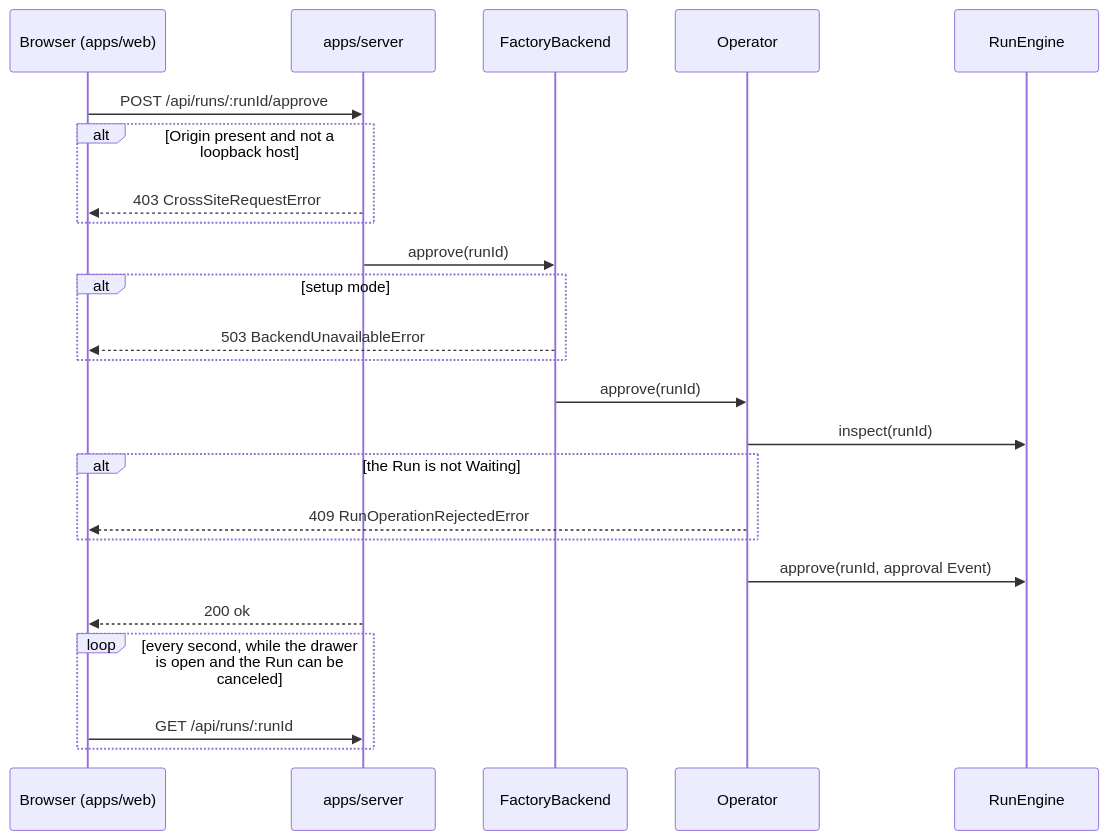
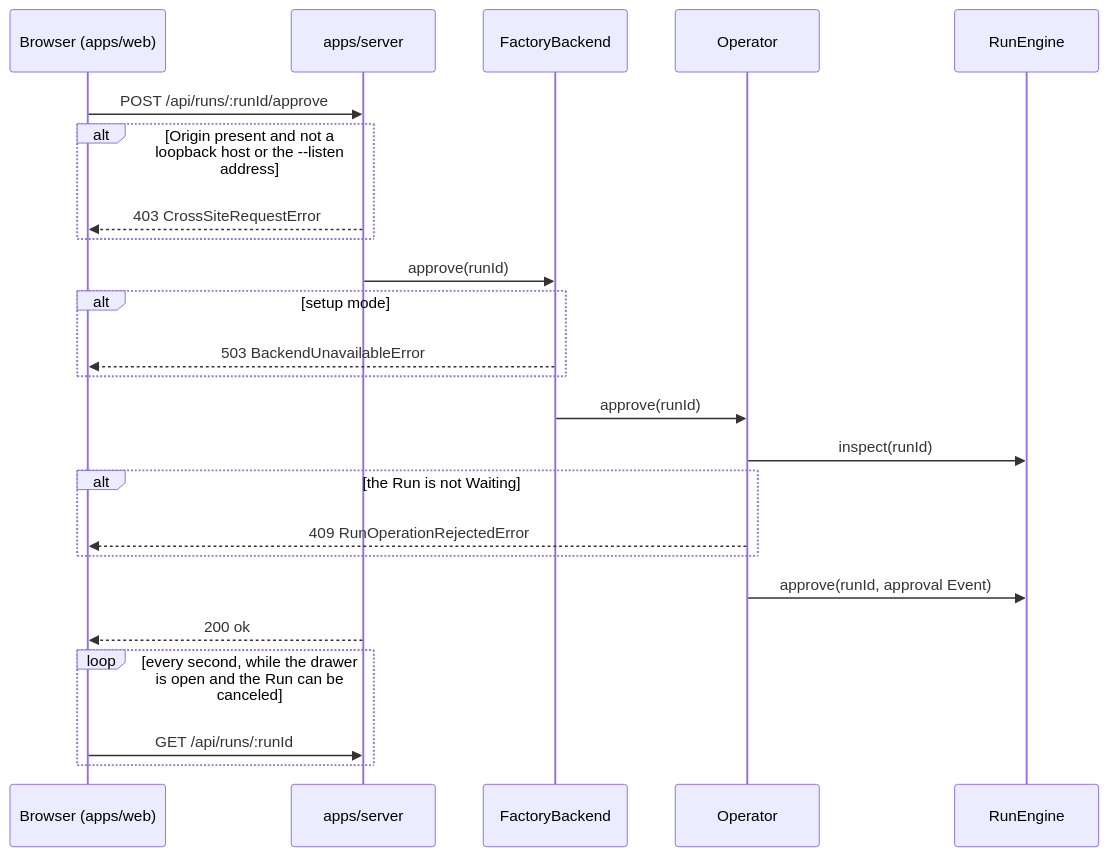
Before and after one commit to basaltbytes/usine: the diagram in apps/docs/src/content/docs/architecture/operator-surfaces.mdx, drawn with Mermaid. The commit also changed other lines of this file and 17 other files, not shown here.

First line of the commit message:
Listen on one more address with usine up --listen (#609)

````diff
--- a/apps/docs/src/content/docs/architecture/operator-surfaces.mdx
+++ b/apps/docs/src/content/docs/architecture/operator-surfaces.mdx
@@ -20,26 +20,26 @@
 ```mermaid
 sequenceDiagram
   participant B as Browser (apps/web)
   participant S as apps/server
   participant F as FactoryBackend
   participant O as Operator
   participant E as RunEngine
   B->>S: POST /api/runs/:runId/approve
-  alt Origin present and not a loopback host
+  alt Origin present and not a loopback host or the --listen address
     S-->>B: 403 CrossSiteRequestError
   end
   S->>F: approve(runId)
   alt setup mode
     F-->>B: 503 BackendUnavailableError
   end
   F->>O: approve(runId)
   O->>E: inspect(runId)
   alt the Run is not Waiting
     O-->>B: 409 RunOperationRejectedError
   end
   O->>E: approve(runId, approval Event)
   S-->>B: 200 ok
   loop every second, while the drawer is open and the Run can be canceled
     B->>S: GET /api/runs/:runId
   end
 ```
````
